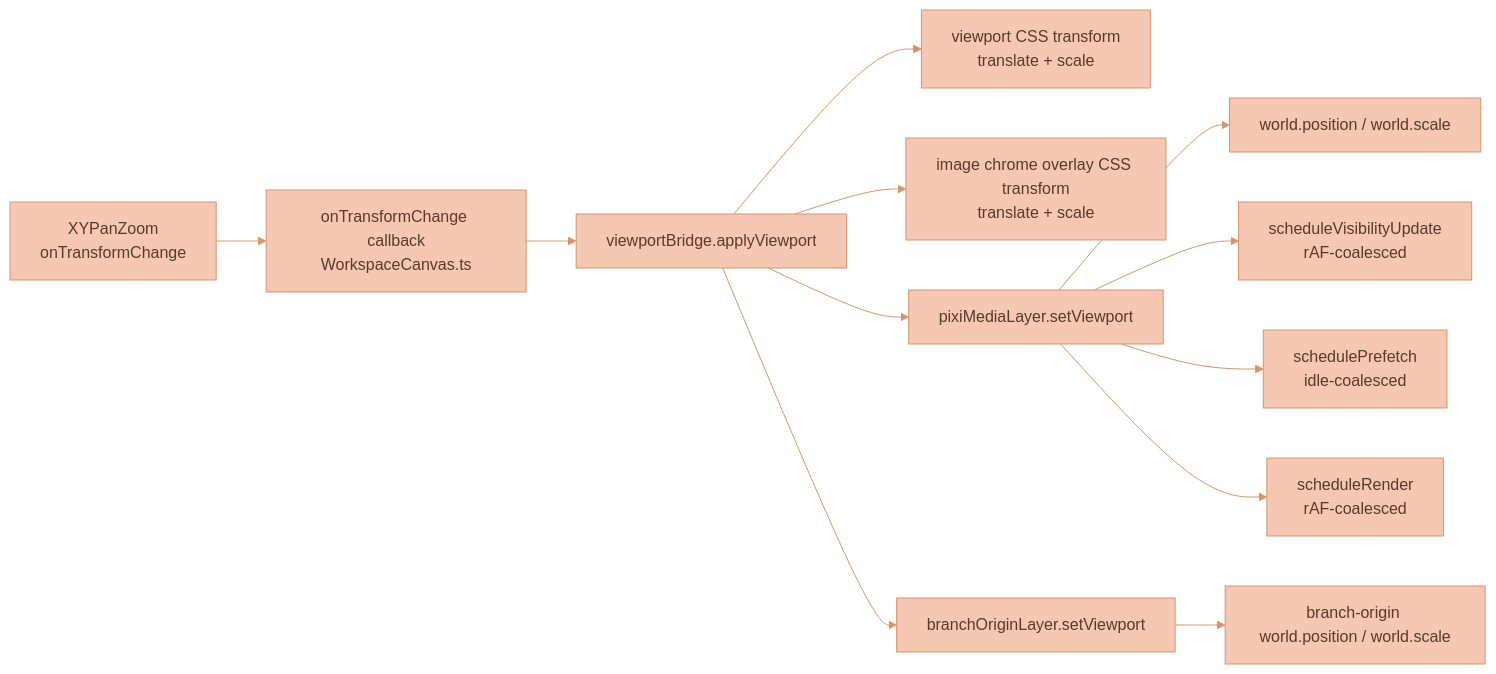
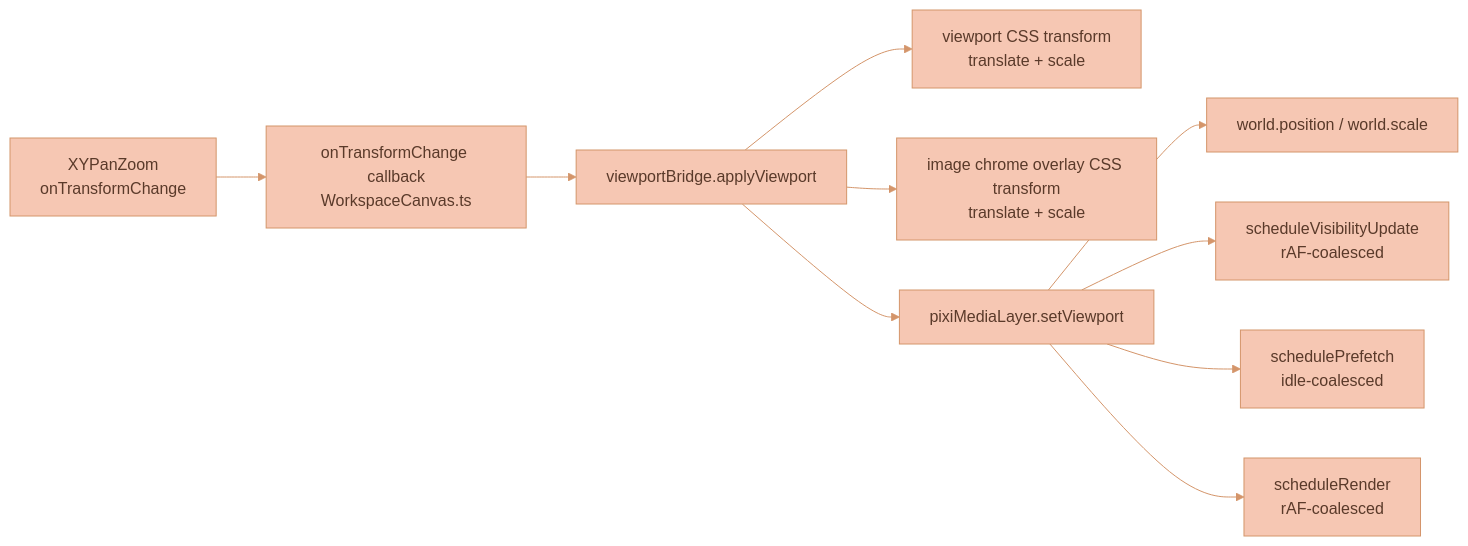
Before and after one commit to Lixpi/lixpi: the second of 3 diagrams in documentation/canvas/RENDERING-ENGINE.md, drawn with Mermaid. The commit also changed other lines of this file and 4 other files, not shown here.

Commit message:
LIX-222 # Update tests + docs for branch-tree layout and branch-origin removal

````diff
--- a/documentation/canvas/RENDERING-ENGINE.md
+++ b/documentation/canvas/RENDERING-ENGINE.md
@@ -155,15 +147,13 @@
 ```mermaid
 %%{init: {'theme': 'base', 'themeVariables': { 'primaryColor': '#F6C7B3', 'primaryTextColor': '#5a3a2a', 'primaryBorderColor': '#d4956a', 'secondaryColor': '#C3DEDD', 'secondaryTextColor': '#1a3a47', 'secondaryBorderColor': '#4a8a9d', 'tertiaryColor': '#DCECE9', 'tertiaryTextColor': '#1a3a47', 'tertiaryBorderColor': '#82B2C0', 'lineColor': '#d4956a', 'textColor': '#5a3a2a'}}}%%
 flowchart LR
     XY[XYPanZoom<br/>onTransformChange] --> CB[onTransformChange callback<br/>WorkspaceCanvas.ts]
     CB --> VB[viewportBridge.applyViewport]
     VB --> CSS[viewport CSS transform<br/>translate + scale]
     VB --> CHROME[image chrome overlay CSS transform<br/>translate + scale]
     VB --> PIXI[pixiMediaLayer.setViewport]
-    VB --> BO[branchOriginLayer.setViewport]
     PIXI --> WORLD[world.position / world.scale]
-    BO --> BO_WORLD[branch-origin world.position / world.scale]
     PIXI --> VIS[scheduleVisibilityUpdate<br/>rAF-coalesced]
     PIXI --> PRE[schedulePrefetch<br/>idle-coalesced]
     PIXI --> RND[scheduleRender<br/>rAF-coalesced]
 ```
````
